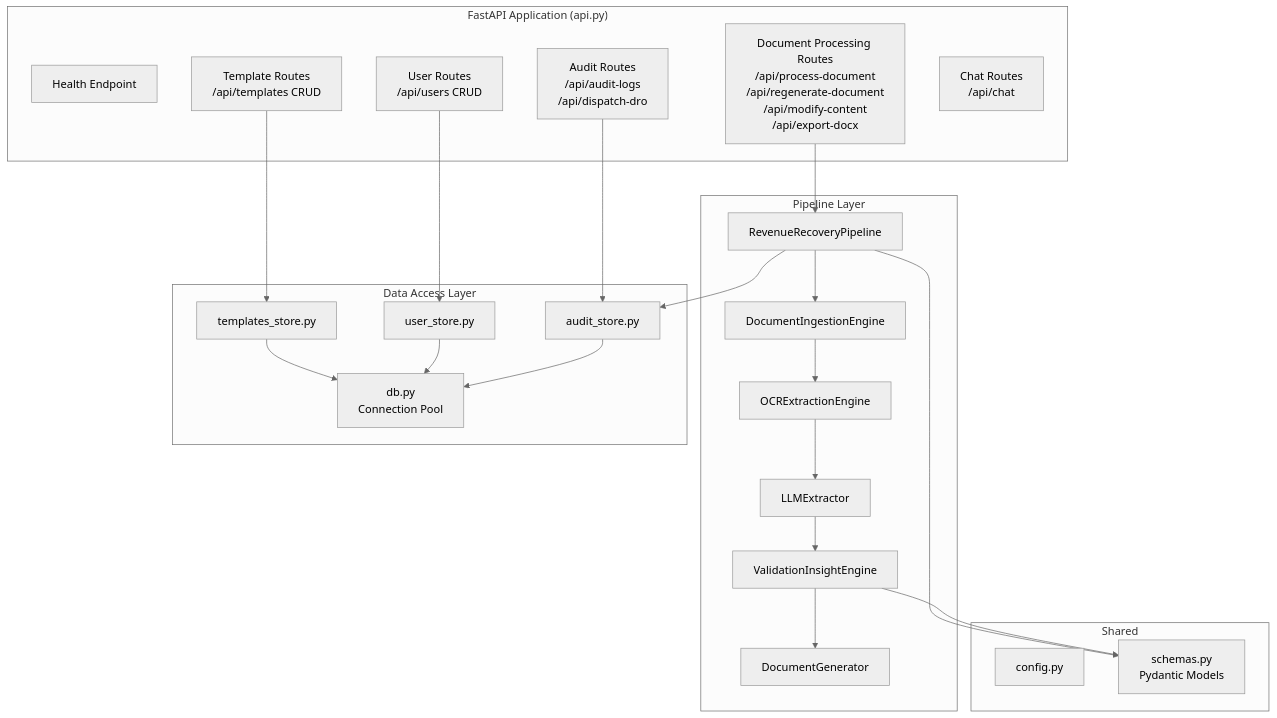
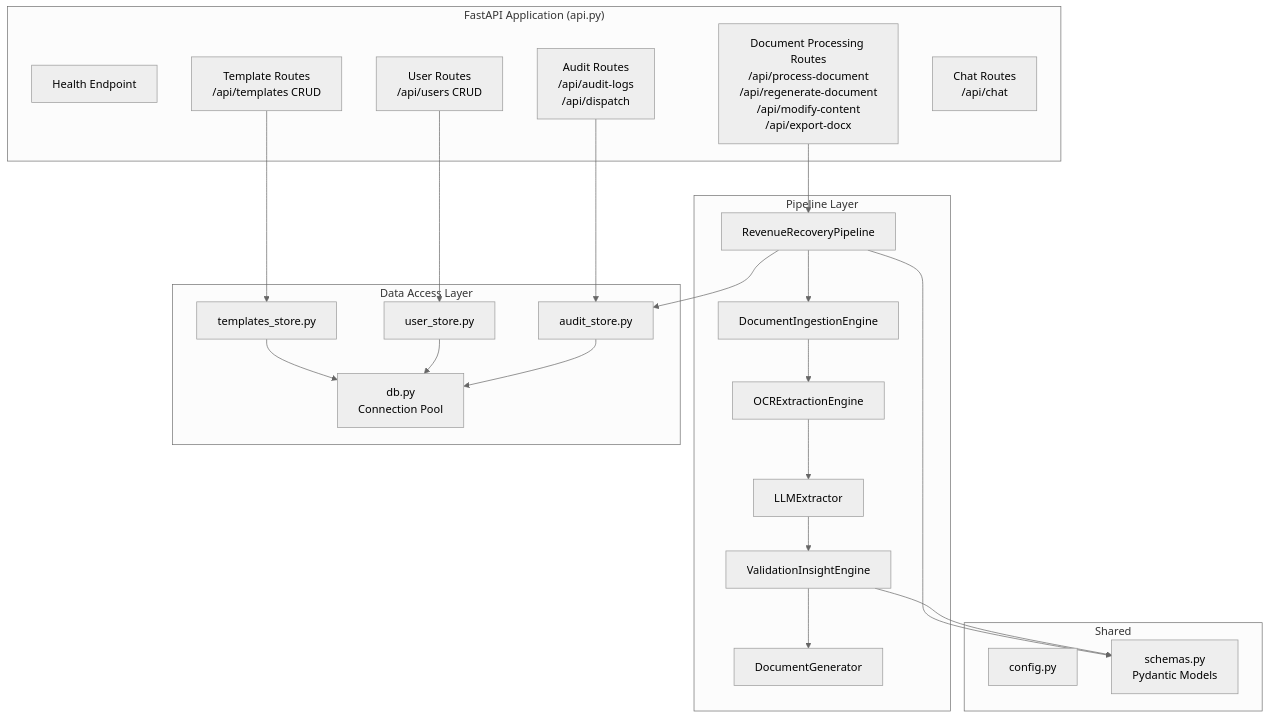
Before and after one commit to Balahariharan003/POC-RR-2-PROCEEDINGS: the third of 3 diagrams in product-documentation/05-ARCHITECTURE.md, drawn with Mermaid (neutral theme). The commit also changed other lines of this file and 17 other files, not shown here.

````diff
--- a/product-documentation/05-ARCHITECTURE.md
+++ b/product-documentation/05-ARCHITECTURE.md
@@ -73,41 +72,41 @@
 ```mermaid
 graph TB
     subgraph "FastAPI Application (api.py)"
         HEALTH[Health Endpoint]
         DOC_ROUTES[Document Processing Routes<br/>/api/process-document<br/>/api/regenerate-document<br/>/api/modify-content<br/>/api/export-docx]
         TPL_ROUTES[Template Routes<br/>/api/templates CRUD]
         USR_ROUTES[User Routes<br/>/api/users CRUD]
-        AUDIT_ROUTES[Audit Routes<br/>/api/audit-logs<br/>/api/dispatch-dro]
+        AUDIT_ROUTES[Audit Routes<br/>/api/audit-logs<br/>/api/dispatch]
         CHAT_ROUTES[Chat Routes<br/>/api/chat]
     end
     
     subgraph "Pipeline Layer"
         PIPE[RevenueRecoveryPipeline]
         ING[DocumentIngestionEngine]
         OCRENG[OCRExtractionEngine]
         LLMEXT[LLMExtractor]
         VALENG[ValidationInsightEngine]
         DOCGEN[DocumentGenerator]
     end
     
     subgraph "Data Access Layer"
         TPL_STORE[templates_store.py]
         USR_STORE[user_store.py]
         AUD_STORE[audit_store.py]
         DB[db.py<br/>Connection Pool]
     end
     
     subgraph "Shared"
         CONFIG[config.py]
         SCHEMAS[schemas.py<br/>Pydantic Models]
     end
     
     DOC_ROUTES --> PIPE
     PIPE --> ING --> OCRENG --> LLMEXT --> VALENG --> DOCGEN
     TPL_ROUTES --> TPL_STORE --> DB
     USR_ROUTES --> USR_STORE --> DB
     AUDIT_ROUTES --> AUD_STORE --> DB
     PIPE --> AUD_STORE
     PIPE --> SCHEMAS
     VALENG --> SCHEMAS
 ```
````
